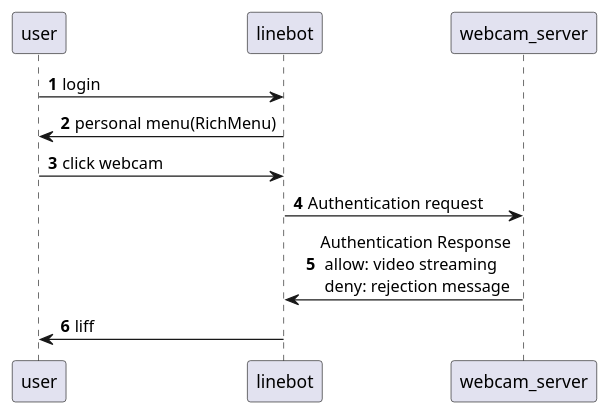
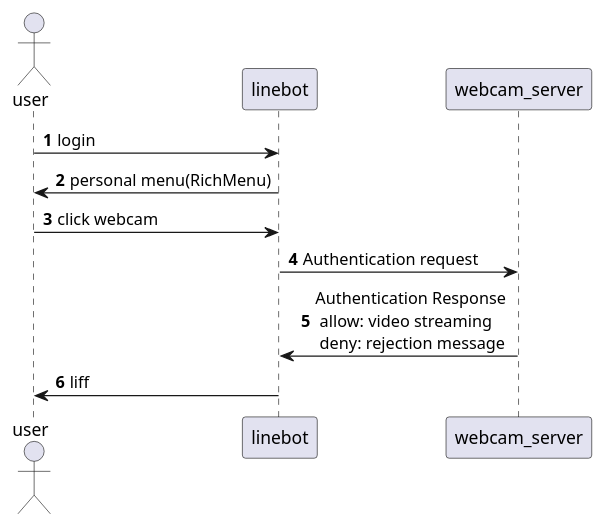
Before and after one commit to jhihwei/line_webcam: the diagram in SequenceDiagram.puml, drawn with PlantUML. The commit also changed 5 other files, not shown here.

```diff
--- a/SequenceDiagram.puml
+++ b/SequenceDiagram.puml
@@ -1,10 +1,11 @@
 @startuml
 autonumber
+actor user
 user->linebot:login
 linebot->user:personal menu(RichMenu)
 user->linebot:click webcam
 linebot->webcam_server:Authentication request
 webcam_server->linebot:Authentication Response \n allow: video streaming \n deny: rejection message
 linebot->user:liff
 
 @enduml
```
